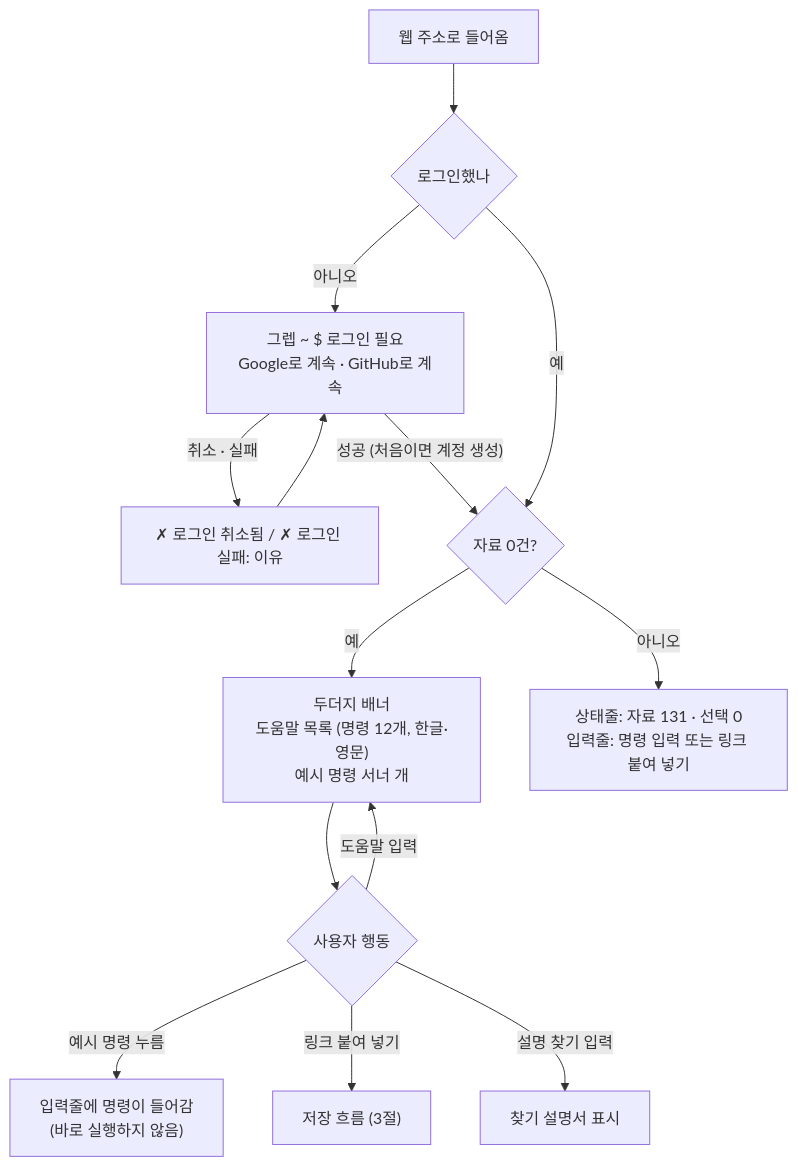
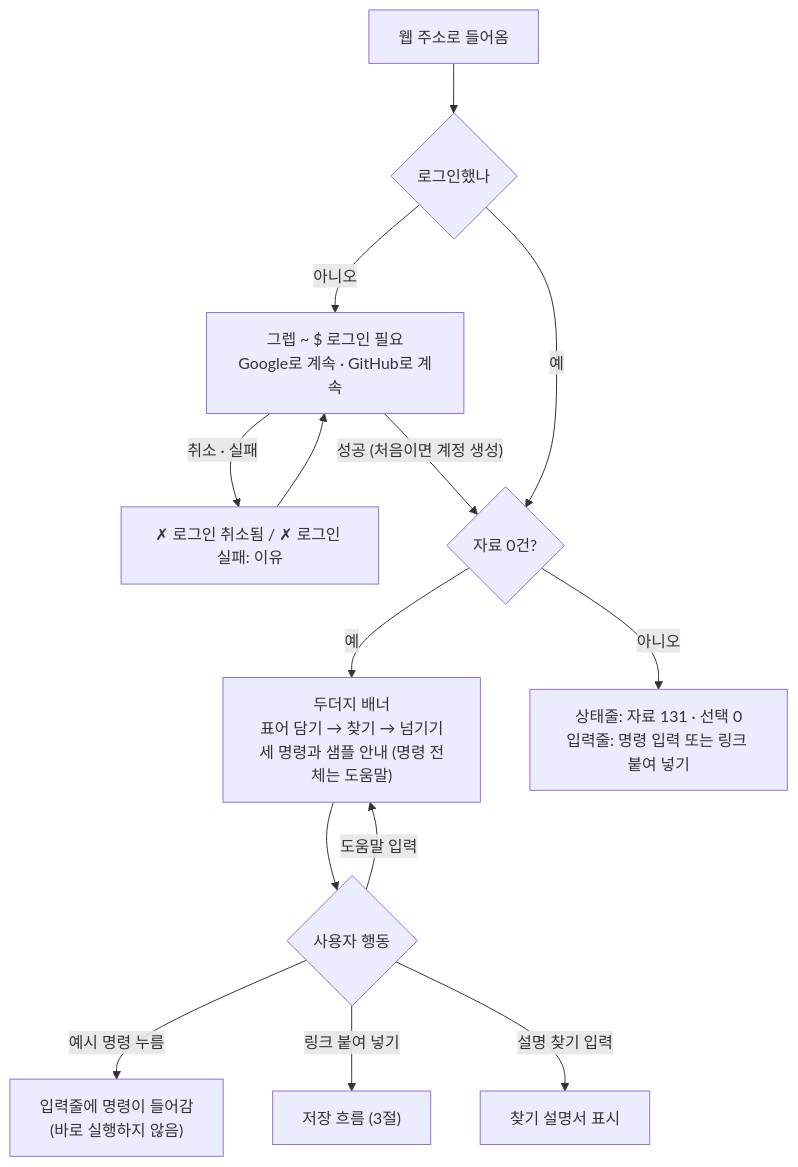
Before and after one commit to carti1108/grep: the second of 10 diagrams in docs/planning/user-flow.md, drawn with Mermaid. The commit also changed other lines of this file and 15 other files, not shown here.

````diff
--- a/docs/planning/user-flow.md
+++ b/docs/planning/user-flow.md
@@ -53,16 +53,16 @@
 ```mermaid
 flowchart TD
     A["웹 주소로 들어옴"] --> L{"로그인했나"}
     L -- "아니오" --> LG["그렙 ~ $ 로그인 필요<br/>Google로 계속 · GitHub로 계속"]
     LG -- "취소 · 실패" --> LE["✗ 로그인 취소됨 / ✗ 로그인 실패: 이유"]
     LE --> LG
     LG -- "성공 (처음이면 계정 생성)" --> B
     L -- "예" --> B{"자료 0건?"}
-    B -- "예" --> C["두더지 배너<br/>도움말 목록 (명령 12개, 한글·영문)<br/>예시 명령 서너 개"]
+    B -- "예" --> C["두더지 배너<br/>표어 담기 → 찾기 → 넘기기<br/>세 명령과 샘플 안내 (명령 전체는 도움말)"]
     C --> D{"사용자 행동"}
     D -- "예시 명령 누름" --> E["입력줄에 명령이 들어감<br/>(바로 실행하지 않음)"]
     D -- "링크 붙여 넣기" --> F["저장 흐름 (3절)"]
     D -- "도움말 입력" --> C
     D -- "설명 찾기 입력" --> G["찾기 설명서 표시"]
     B -- "아니오" --> H["상태줄: 자료 131 · 선택 0<br/>입력줄: 명령 입력 또는 링크 붙여 넣기"]
 ```
````
